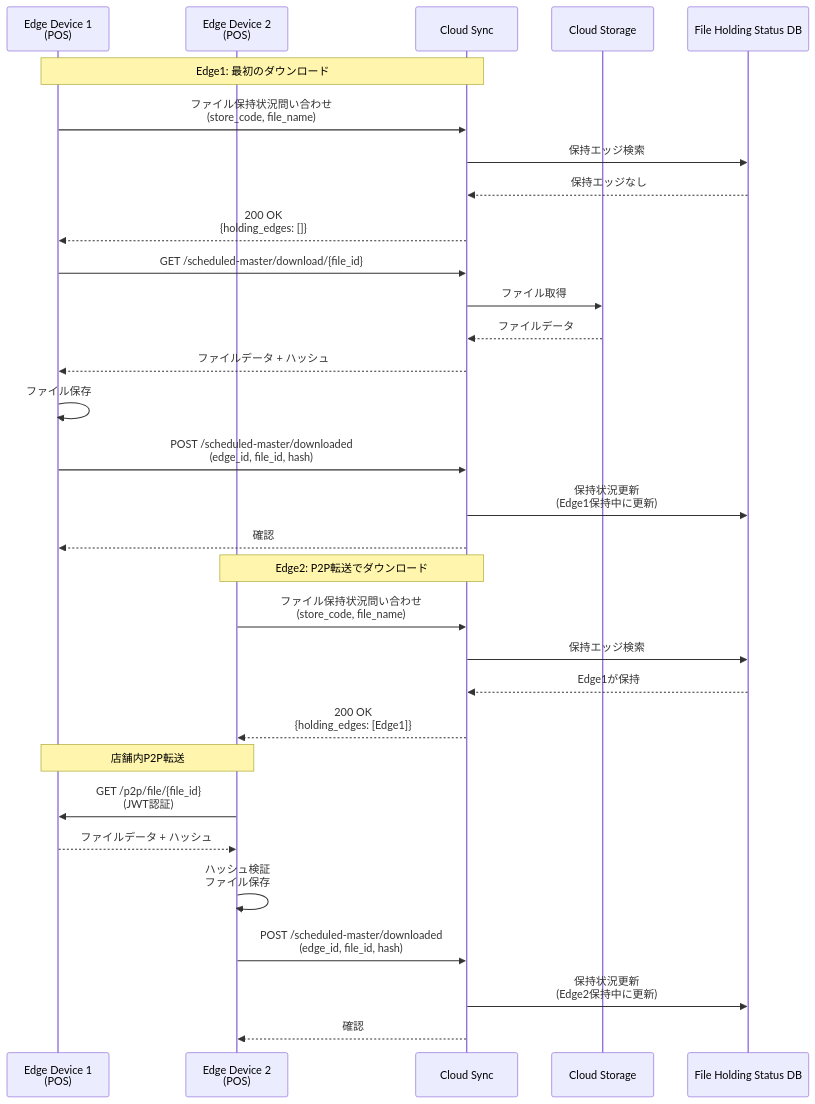
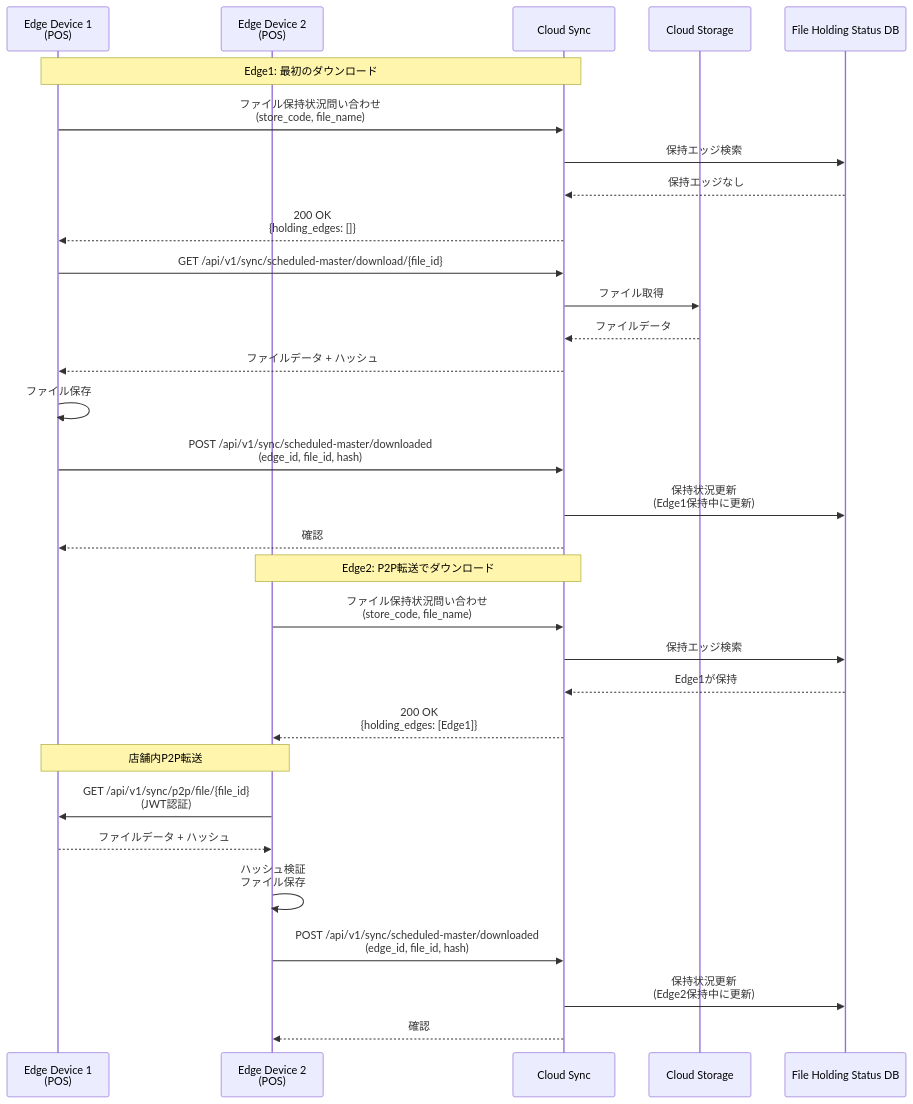
Diagram 15 of 32 in notes/1-sync/03_アーキテクチャー解説書.md (gaocuiping/kugelpos-stpos-docs-new), drawn with Mermaid before and after one commit. The commit also changed other lines of this file and 1 other file, not shown here.

First line of the commit message:
docs: Sync Serviceのエンドポイントをすべて/api/v1/syncプレフィックスに統一 #1

````diff
--- a/notes/1-sync/03_アーキテクチャー解説書.md
+++ b/notes/1-sync/03_アーキテクチャー解説書.md
@@ -614,46 +614,46 @@
 ```mermaid
 sequenceDiagram
     participant Edge1 as Edge Device 1<br/>(POS)
     participant Edge2 as Edge Device 2<br/>(POS)
     participant CloudSync as Cloud Sync
     participant CloudStorage as Cloud Storage
     participant FileHoldingDB as File Holding Status DB
 
     Note over Edge1,CloudSync: Edge1: 最初のダウンロード
 
     Edge1->>CloudSync: ファイル保持状況問い合わせ<br/>(store_code, file_name)
     CloudSync->>FileHoldingDB: 保持エッジ検索
     FileHoldingDB-->>CloudSync: 保持エッジなし
 
     CloudSync-->>Edge1: 200 OK<br/>{holding_edges: []}
 
-    Edge1->>CloudSync: GET /scheduled-master/download/{file_id}
+    Edge1->>CloudSync: GET /api/v1/sync/scheduled-master/download/{file_id}
     CloudSync->>CloudStorage: ファイル取得
     CloudStorage-->>CloudSync: ファイルデータ
     CloudSync-->>Edge1: ファイルデータ + ハッシュ
 
     Edge1->>Edge1: ファイル保存
 
-    Edge1->>CloudSync: POST /scheduled-master/downloaded<br/>(edge_id, file_id, hash)
+    Edge1->>CloudSync: POST /api/v1/sync/scheduled-master/downloaded<br/>(edge_id, file_id, hash)
     CloudSync->>FileHoldingDB: 保持状況更新<br/>(Edge1保持中に更新)
     CloudSync-->>Edge1: 確認
 
     Note over Edge2,CloudSync: Edge2: P2P転送でダウンロード
 
     Edge2->>CloudSync: ファイル保持状況問い合わせ<br/>(store_code, file_name)
     CloudSync->>FileHoldingDB: 保持エッジ検索
     FileHoldingDB-->>CloudSync: Edge1が保持
 
     CloudSync-->>Edge2: 200 OK<br/>{holding_edges: [Edge1]}
 
     Note over Edge2,Edge1: 店舗内P2P転送
 
-    Edge2->>Edge1: GET /p2p/file/{file_id}<br/>(JWT認証)
+    Edge2->>Edge1: GET /api/v1/sync/p2p/file/{file_id}<br/>(JWT認証)
     Edge1-->>Edge2: ファイルデータ + ハッシュ
 
     Edge2->>Edge2: ハッシュ検証<br/>ファイル保存
 
-    Edge2->>CloudSync: POST /scheduled-master/downloaded<br/>(edge_id, file_id, hash)
+    Edge2->>CloudSync: POST /api/v1/sync/scheduled-master/downloaded<br/>(edge_id, file_id, hash)
     CloudSync->>FileHoldingDB: 保持状況更新<br/>(Edge2保持中に更新)
     CloudSync-->>Edge2: 確認
 ```
````
